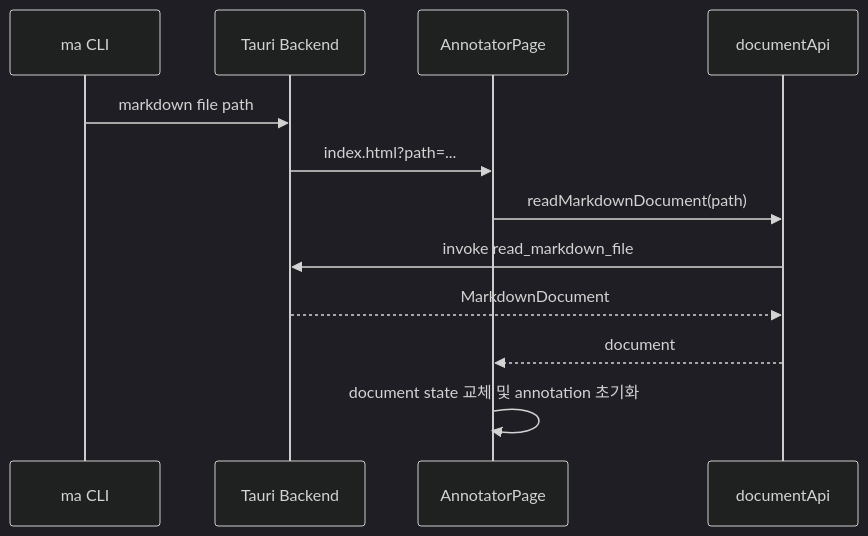
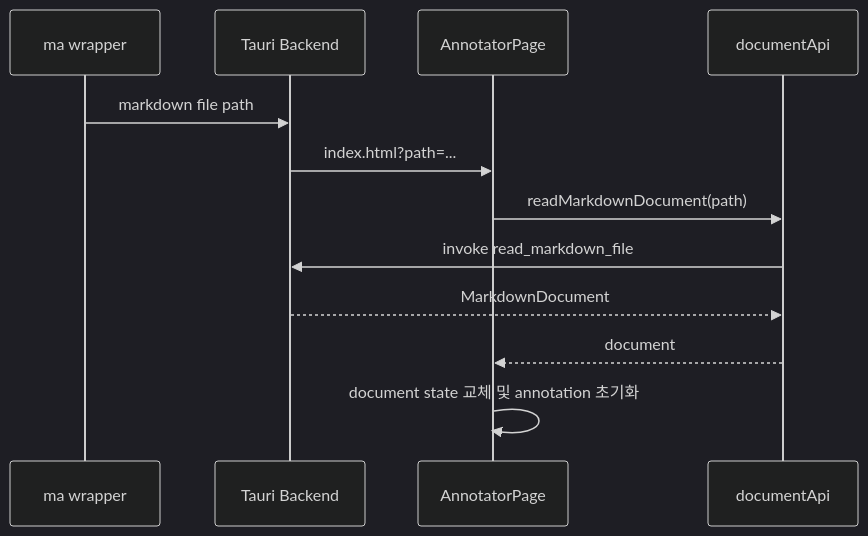
The fourth of 4 diagrams in docs/cli-open-markdown-plan.md (yoophi/markdown-annotator), drawn with Mermaid (dark theme) before and after one commit. The commit also changed other lines of this file and 5 other files, not shown here.

````diff
--- a/docs/cli-open-markdown-plan.md
+++ b/docs/cli-open-markdown-plan.md
@@ -188,15 +190,15 @@
 ```mermaid
 sequenceDiagram
-    participant CLI as ma CLI
+    participant CLI as ma wrapper
     participant Tauri as Tauri Backend
     participant Page as AnnotatorPage
     participant API as documentApi
 
     CLI->>Tauri: markdown file path
     Tauri->>Page: index.html?path=...
     Page->>API: readMarkdownDocument(path)
     API->>Tauri: invoke read_markdown_file
     Tauri-->>API: MarkdownDocument
     API-->>Page: document
     Page->>Page: document state 교체 및 annotation 초기화
 ```
````
